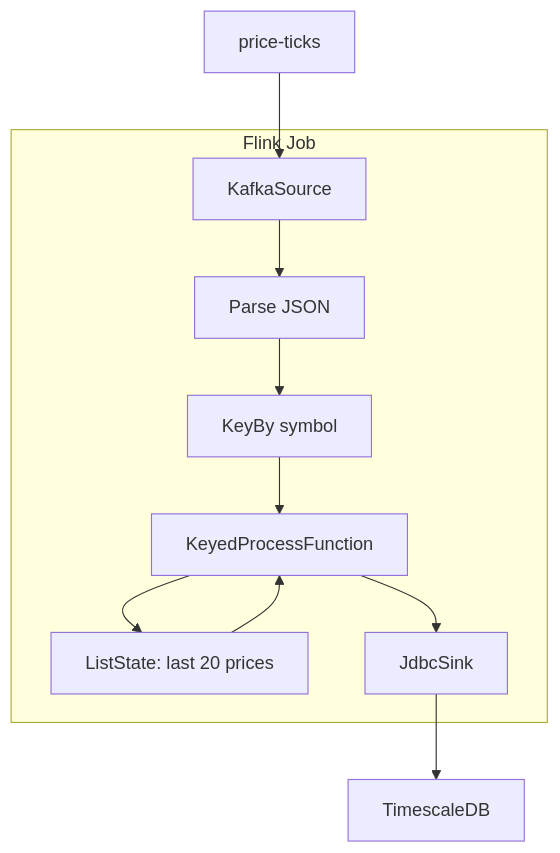
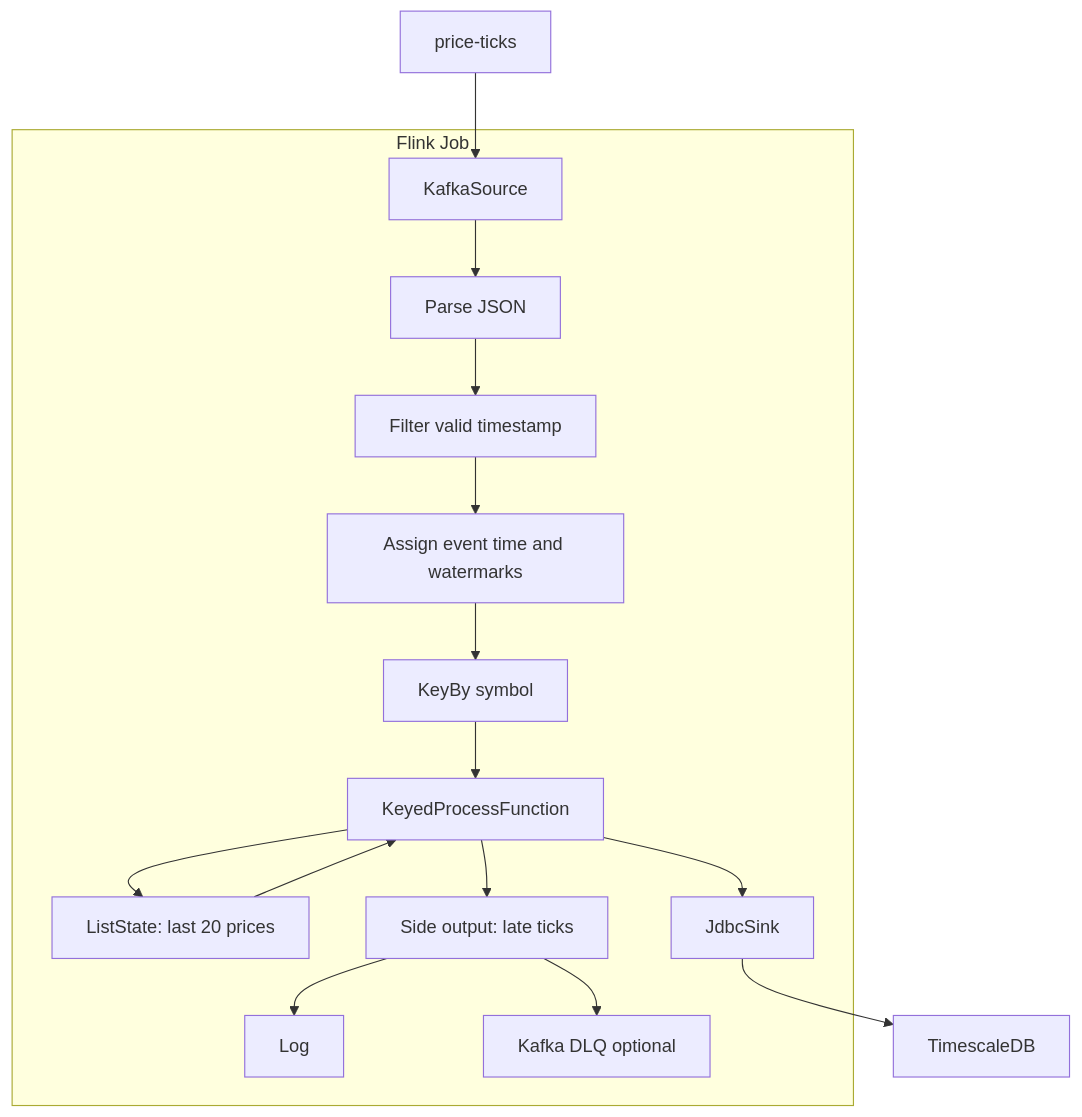
One commit to Diiisdead/Realtime-Crypto-Pipeline changed the fourth of 5 diagrams in ARCHITECTURE.md. Above: the diagram before and after it, drawn with Mermaid. The commit also changed other lines of this file and 3 other files, not shown here.

First line of the commit message:
feat: enhance Flink job to handle late-arriving data with watermarks and side outputs

````diff
--- a/ARCHITECTURE.md
+++ b/ARCHITECTURE.md
@@ -97,17 +97,25 @@
 ```mermaid
 flowchart TB
   subgraph flink [Flink Job]
     Source[KafkaSource]
     Parse[Parse JSON]
+    FilterValid[Filter valid timestamp]
+    WM[Assign event time and watermarks]
     KeyBy[KeyBy symbol]
     MAFunc[KeyedProcessFunction]
     State[ListState: last 20 prices]
-    Sink[JdbcSink]
-    Source --> Parse --> KeyBy --> MAFunc
+    MainSink[JdbcSink]
+    LateOut[Side output: late ticks]
+    LogSink[Log]
+    KafkaDLQ[Kafka DLQ optional]
+    Source --> Parse --> FilterValid --> WM --> KeyBy --> MAFunc
     MAFunc --> State
     State --> MAFunc
-    MAFunc --> Sink
+    MAFunc --> MainSink
+    MAFunc --> LateOut
+    LateOut --> LogSink
+    LateOut --> KafkaDLQ
   end
   KafkaTopic[price-ticks] --> Source
-  Sink --> TSDB[TimescaleDB]
+  MainSink --> TSDB[TimescaleDB]
 ```
````
